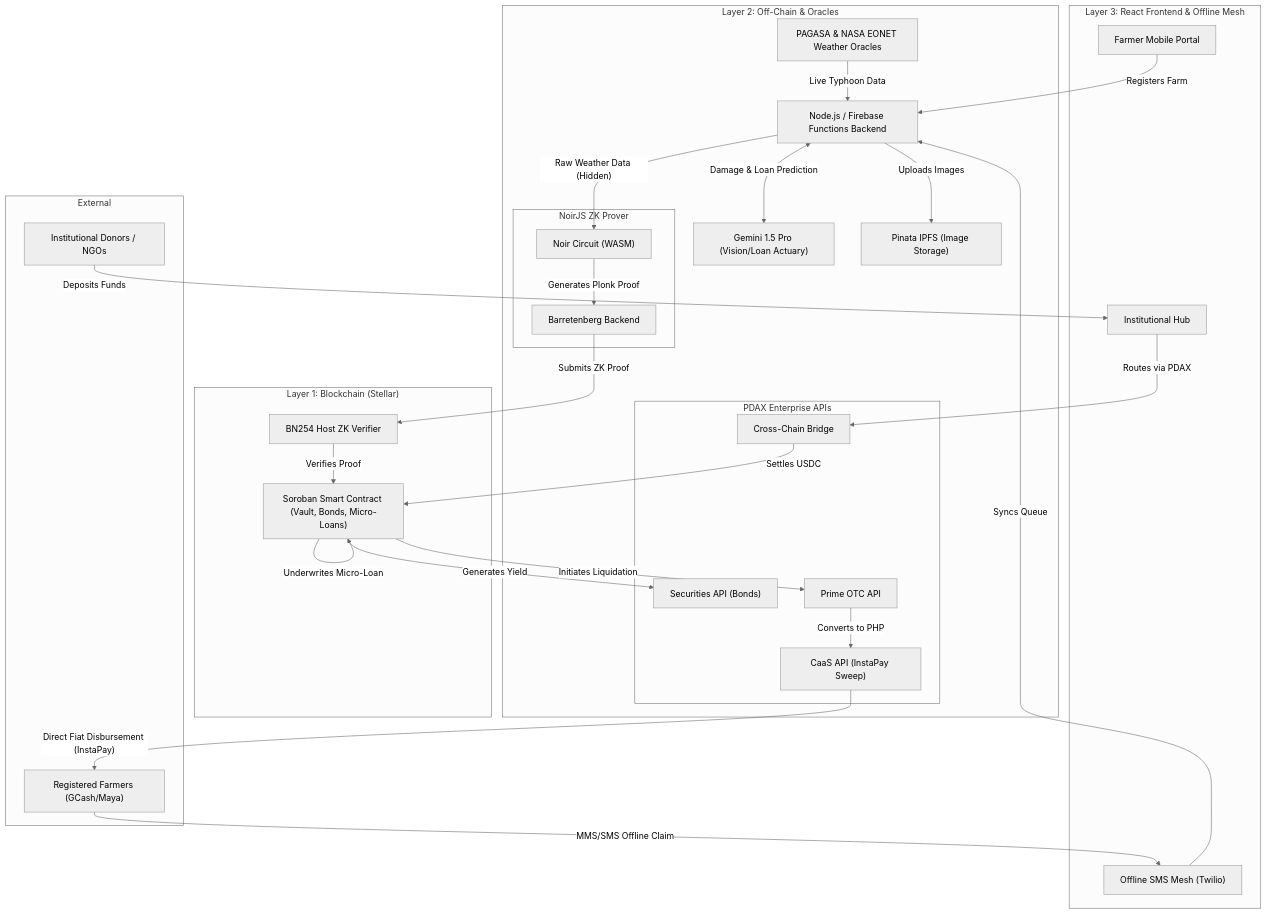
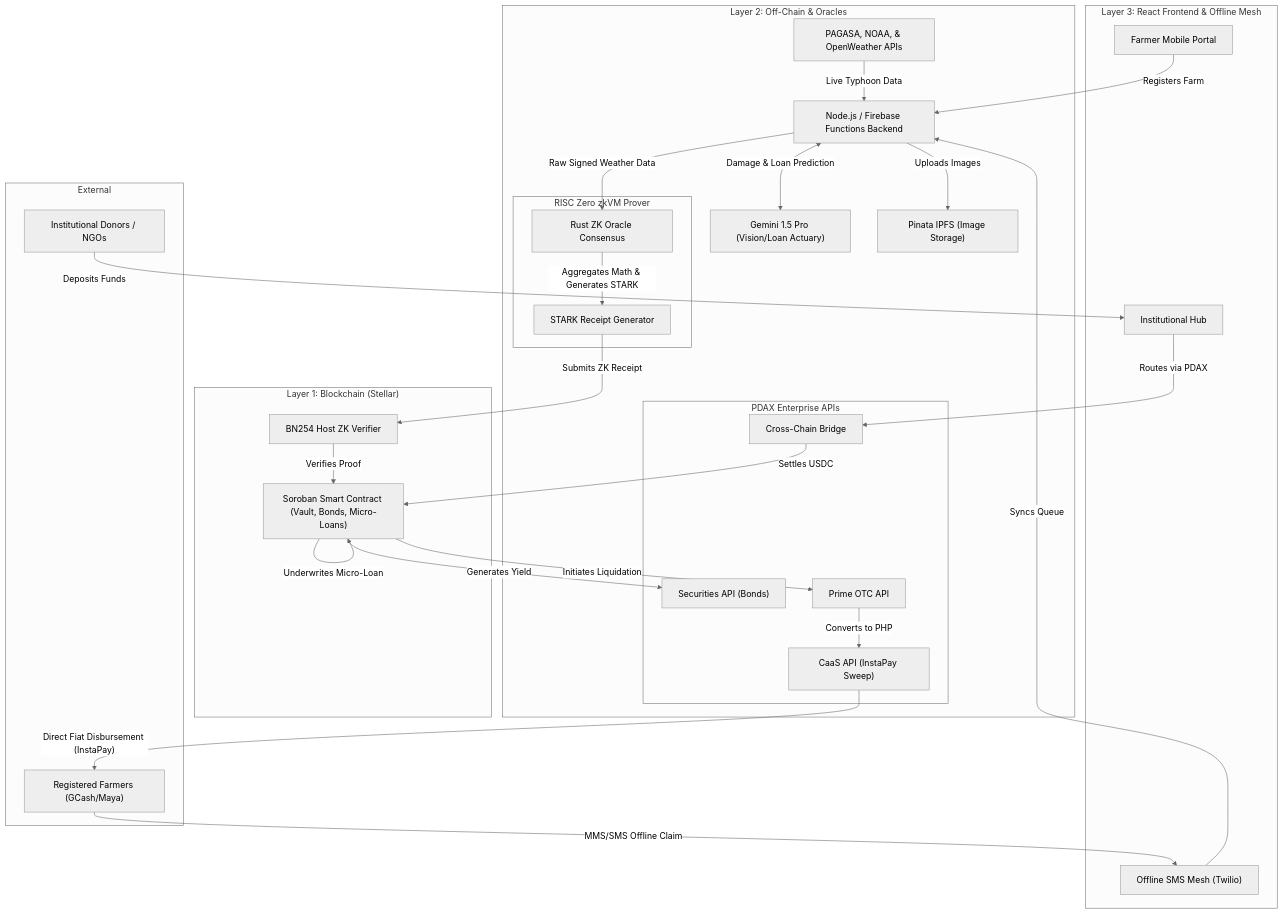
The diagram in README.md (PrinceDale99/TyFi), drawn with Mermaid (neutral theme) before and after one commit. The commit also changed other lines of this file, not shown here.

Commit message:
docs: update architecture to reflect L1 parameters and ZK prover

````diff
--- a/README.md
+++ b/README.md
@@ -86,60 +87,60 @@
 ```mermaid
 graph TD
     subgraph L3 ["Layer 3: React Frontend & Offline Mesh"]
         FMP["Farmer Mobile Portal"]
         IH["Institutional Hub"]
         SMS["Offline SMS Mesh (Twilio)"]
     end
 
     subgraph L2 ["Layer 2: Off-Chain & Oracles"]
         BE["Node.js / Firebase Functions Backend"]
         AI["Gemini 1.5 Pro (Vision/Loan Actuary)"]
         IPFS["Pinata IPFS (Image Storage)"]
-        Oracle["PAGASA & NASA EONET Weather Oracles"]
+        Oracle["PAGASA, NOAA, & OpenWeather APIs"]
         
-        subgraph ZK ["NoirJS ZK Prover"]
-            NC["Noir Circuit (WASM)"]
-            BB["Barretenberg Backend"]
+        subgraph ZK ["RISC Zero zkVM Prover"]
+            NC["Rust ZK Oracle Consensus"]
+            BB["STARK Receipt Generator"]
         end
         
         subgraph PDAX ["PDAX Enterprise APIs"]
             P_Bridge["Cross-Chain Bridge"]
             P_Sec["Securities API (Bonds)"]
             P_OTC["Prime OTC API"]
             P_CaaS["CaaS API (InstaPay Sweep)"]
         end
     end
 
     subgraph L1 ["Layer 1: Blockchain (Stellar)"]
         SC["Soroban Smart Contract (Vault, Bonds, Micro-Loans)"]
         ZKV["BN254 Host ZK Verifier"]
     end
     
     subgraph Users ["External"]
         NGO["Institutional Donors / NGOs"]
         Farmer["Registered Farmers (GCash/Maya)"]
     end
 
     NGO -->|"Deposits Funds"| IH
     IH -->|"Routes via PDAX"| P_Bridge
     P_Bridge -->|"Settles USDC"| SC
     
     FMP -->|"Registers Farm"| BE
     Farmer -->|"MMS/SMS Offline Claim"| SMS
     SMS -->|"Syncs Queue"| BE
     Oracle -->|"Live Typhoon Data"| BE
     
     BE -->|"Uploads Images"| IPFS
     BE <-->|"Damage & Loan Prediction"| AI
     
-    BE -->|"Raw Weather Data (Hidden)"| NC
-    NC -->|"Generates Plonk Proof"| BB
-    BB -->|"Submits ZK Proof"| ZKV
+    BE -->|"Raw Signed Weather Data"| NC
+    NC -->|"Aggregates Math & Generates STARK"| BB
+    BB -->|"Submits ZK Receipt"| ZKV
     ZKV -->|"Verifies Proof"| SC
     
     SC -->|"Generates Yield"| P_Sec
     SC -->|"Underwrites Micro-Loan"| SC
     SC -->|"Initiates Liquidation"| P_OTC
     P_OTC -->|"Converts to PHP"| P_CaaS
     P_CaaS -->|"Direct Fiat Disbursement (InstaPay)"| Farmer
 ```
````
